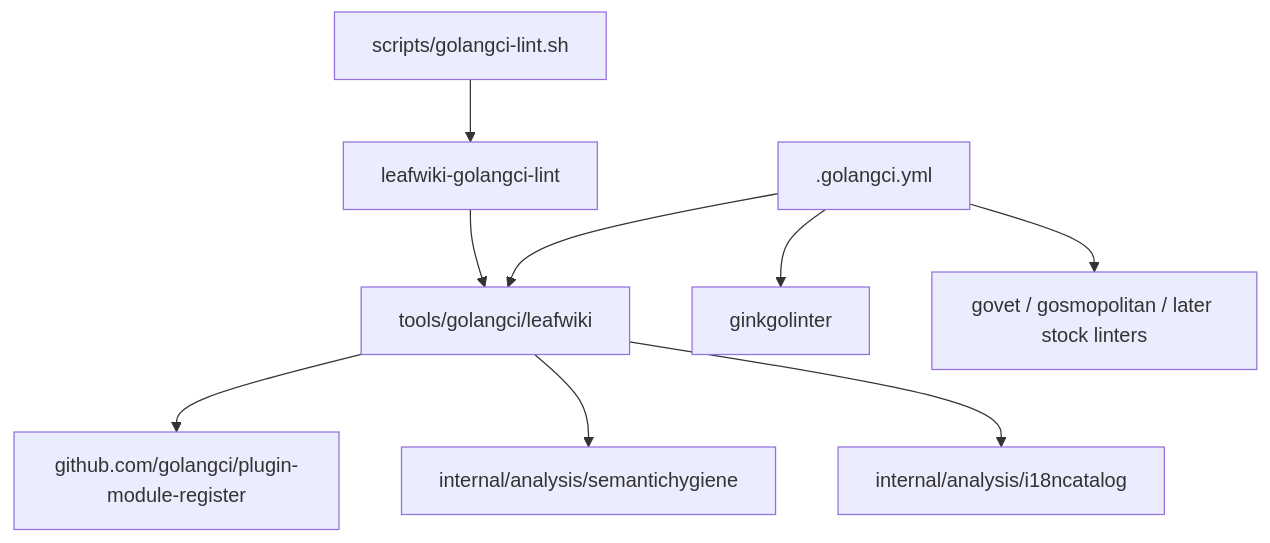
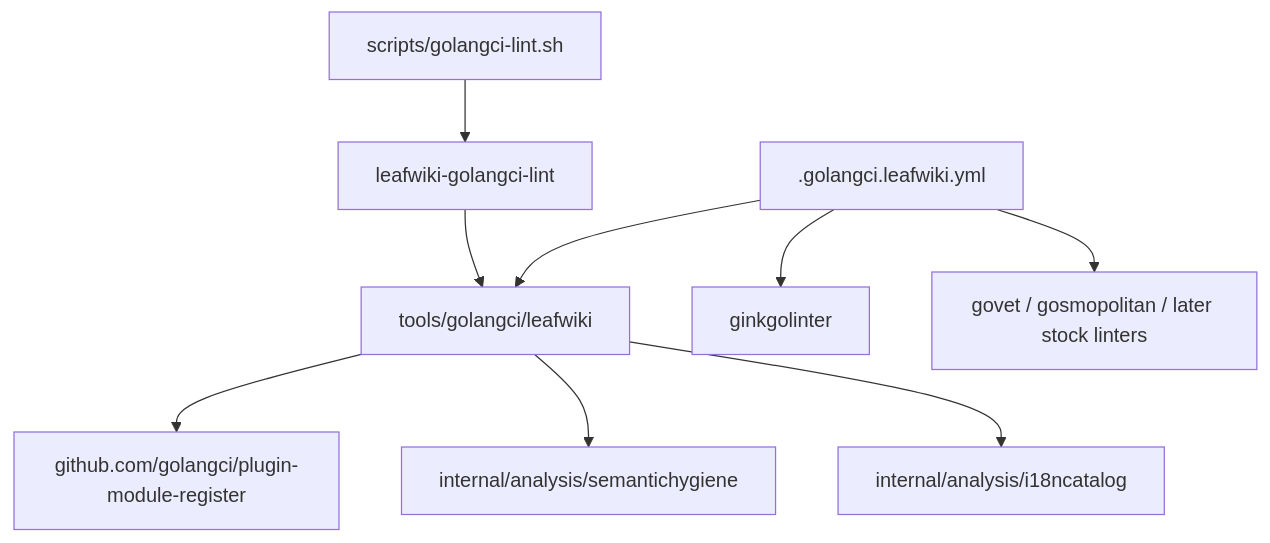
The second of 2 diagrams in docs/plans/golangci-lint-local-gate.PLAN.md (jtomanik/leafwiki), drawn with Mermaid before and after one commit. The commit also changed other lines of this file and 25 other files, not shown here.

````diff
--- a/docs/plans/golangci-lint-local-gate.PLAN.md
+++ b/docs/plans/golangci-lint-local-gate.PLAN.md
@@ -225,11 +225,11 @@
 ```mermaid
 flowchart TB
   Wrapper[scripts/golangci-lint.sh] --> CustomBinary[leafwiki-golangci-lint]
   CustomBinary --> Plugin[tools/golangci/leafwiki]
   Plugin --> Register[github.com/golangci/plugin-module-register]
   Plugin --> Semh[internal/analysis/semantichygiene]
   Plugin --> Catalog[internal/analysis/i18ncatalog]
-  Config[.golangci.yml] --> Plugin
+  Config[.golangci.leafwiki.yml] --> Plugin
   Config --> Ginkgo[ginkgolinter]
   Config --> Stock[govet / gosmopolitan / later stock linters]
 ```
````
